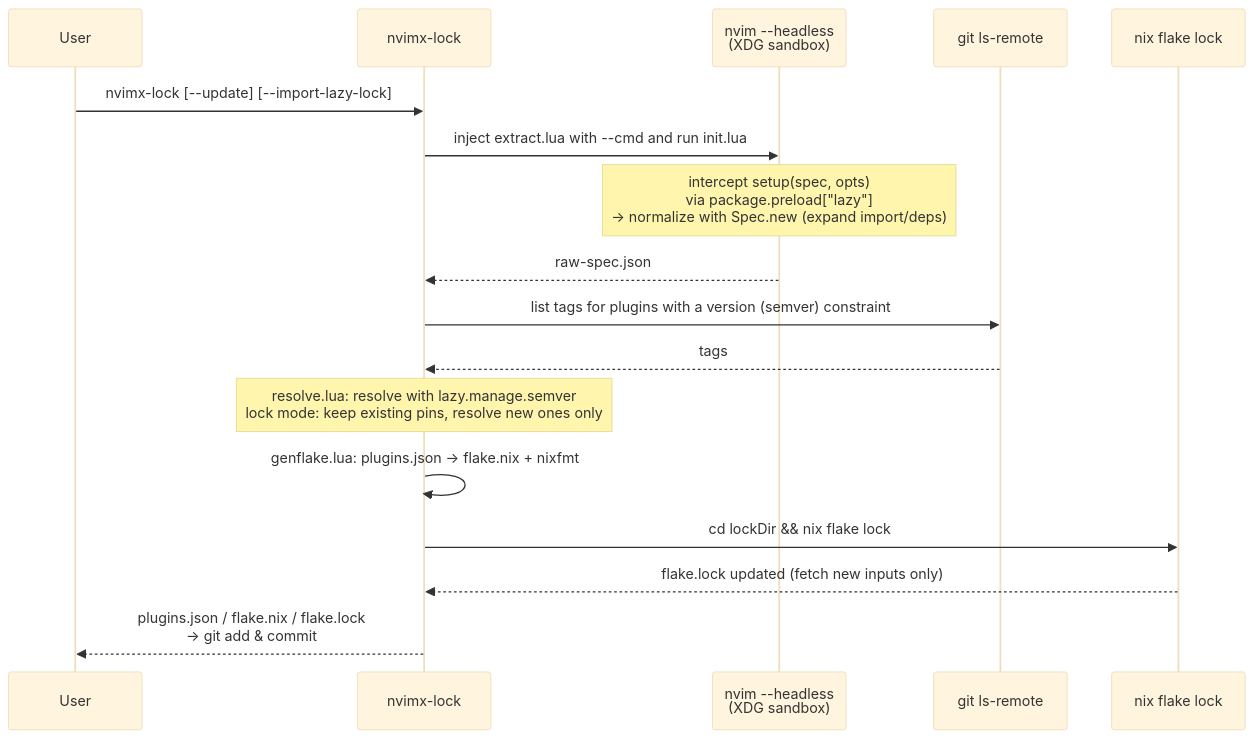
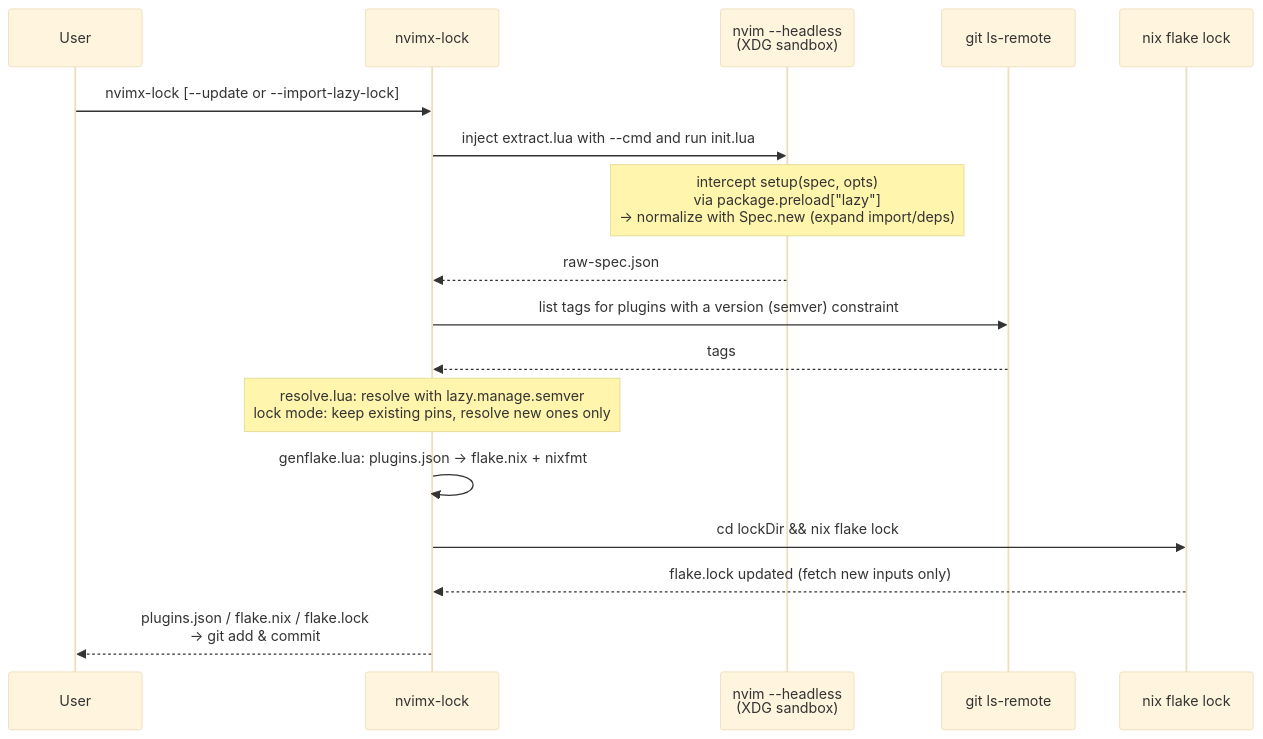
The second of 3 diagrams in docs/architecture.md (myuron/nvimx), drawn with Mermaid (base theme) before and after one commit. The commit also changed other lines of this file and 14 other files, not shown here.

````diff
--- a/docs/architecture.md
+++ b/docs/architecture.md
@@ -74,20 +74,20 @@
 ```mermaid
 sequenceDiagram
     participant U as User
     participant L as nvimx-lock
     participant N as nvim --headless<br/>(XDG sandbox)
     participant G as git ls-remote
     participant F as nix flake lock
 
-    U->>L: nvimx-lock [--update] [--import-lazy-lock]
+    U->>L: nvimx-lock [--update or --import-lazy-lock]
     L->>N: inject extract.lua with --cmd and run init.lua
     Note over N: intercept setup(spec, opts)<br/>via package.preload["lazy"]<br/>→ normalize with Spec.new (expand import/deps)
     N-->>L: raw-spec.json
     L->>G: list tags for plugins with a version (semver) constraint
     G-->>L: tags
     Note over L: resolve.lua: resolve with lazy.manage.semver<br/>lock mode: keep existing pins, resolve new ones only
     L->>L: genflake.lua: plugins.json → flake.nix + nixfmt
     L->>F: cd lockDir && nix flake lock
     F-->>L: flake.lock updated (fetch new inputs only)
     L-->>U: plugins.json / flake.nix / flake.lock<br/>→ git add & commit
 ```
````
